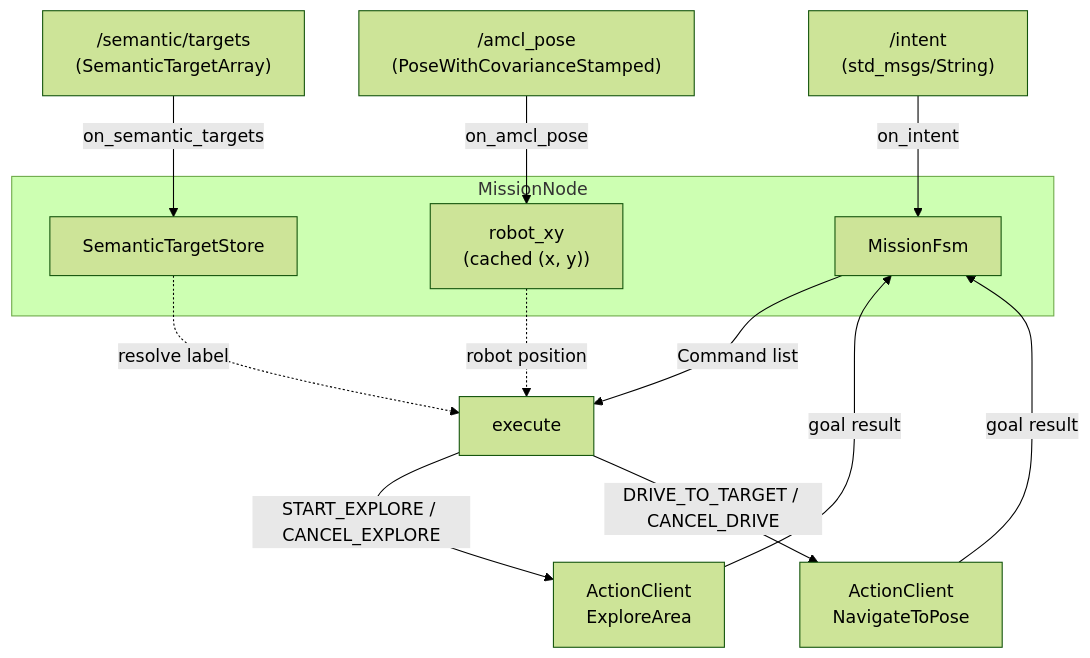
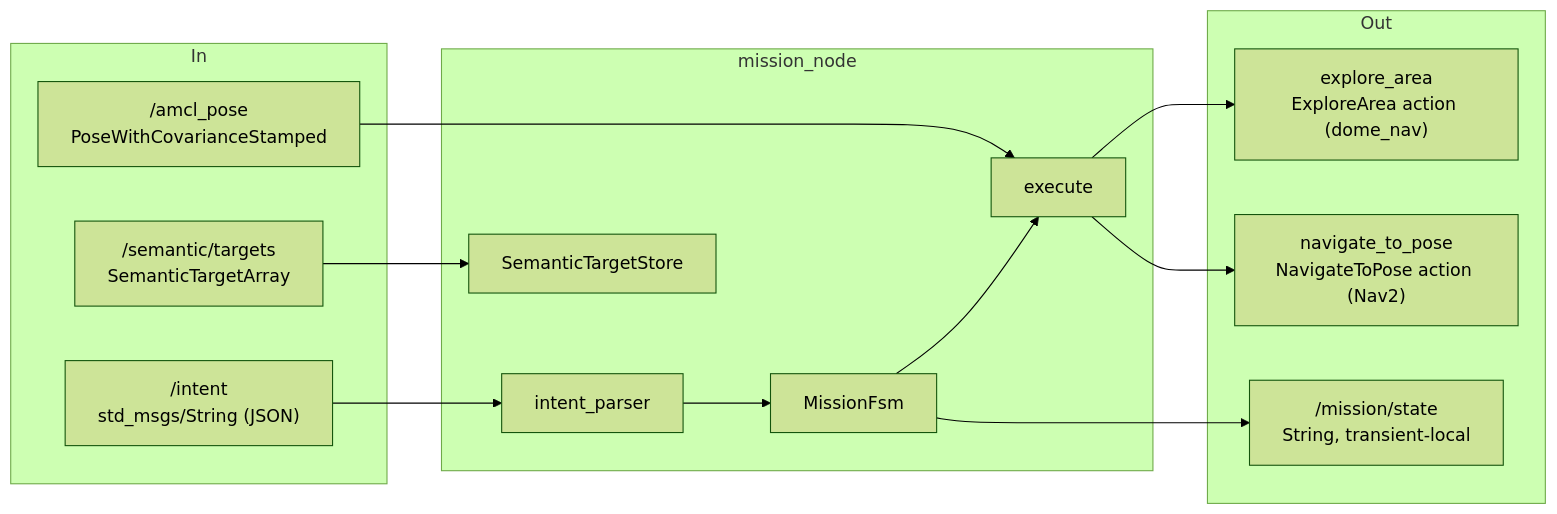
The first of 2 diagrams in process/01-literate/04-mission_node.md (Boston-Robot-Hackers/dome_mission), drawn with Mermaid (forest theme) before and after one commit. The commit also changed other lines of this file and 6 other files, not shown here.

````diff
--- a/process/01-literate/04-mission_node.md
+++ b/process/01-literate/04-mission_node.md
@@ -69,21 +19,25 @@
 ```mermaid
-flowchart TB
-    subgraph MissionNode
-        FSM[MissionFsm]
-        Store[SemanticTargetStore]
-        RXY["robot_xy\n(cached (x, y))"]
+flowchart LR
+    subgraph In
+        I["/intent<br/>std_msgs/String (JSON)"]
+        S["/semantic/targets<br/>SemanticTargetArray"]
+        A["/amcl_pose<br/>PoseWithCovarianceStamped"]
     end
-
-    Intent["/intent\n(std_msgs/String)"] -->|on_intent| FSM
-    Targets["/semantic/targets\n(SemanticTargetArray)"] -->|on_semantic_targets| Store
-    Amcl["/amcl_pose\n(PoseWithCovarianceStamped)"] -->|on_amcl_pose| RXY
-
-    FSM -->|Command list| Exec[execute]
-    Exec -->|START_EXPLORE / CANCEL_EXPLORE| ExploreClient["ActionClient\nExploreArea"]
-    Exec -->|DRIVE_TO_TARGET / CANCEL_DRIVE| NavClient["ActionClient\nNavigateToPose"]
-    Store -.resolve label.-> Exec
-    RXY -.robot position.-> Exec
-
-    ExploreClient -->|goal result| FSM
-    NavClient -->|goal result| FSM
+    subgraph mission_node
+        P[intent_parser] --> F[MissionFsm]
+        ST[SemanticTargetStore]
+        X[execute]
+        F --> X
+    end
+    subgraph Out
+        E["explore_area<br/>ExploreArea action (dome_nav)"]
+        N["navigate_to_pose<br/>NavigateToPose action (Nav2)"]
+        M["/mission/state<br/>String, transient-local"]
+    end
+    I --> P
+    S --> ST
+    A --> X
+    X --> E
+    X --> N
+    F --> M
 ```
````
